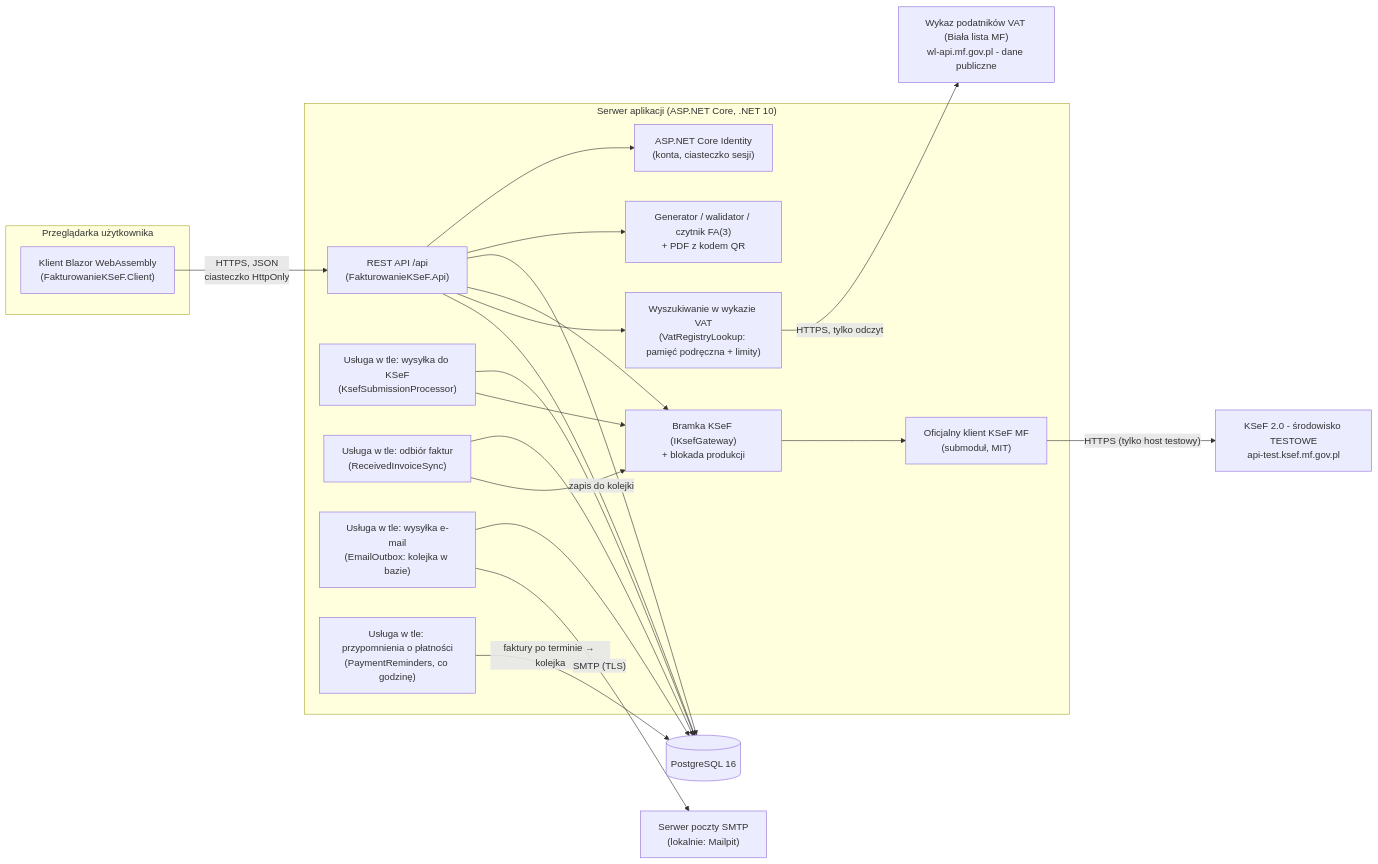
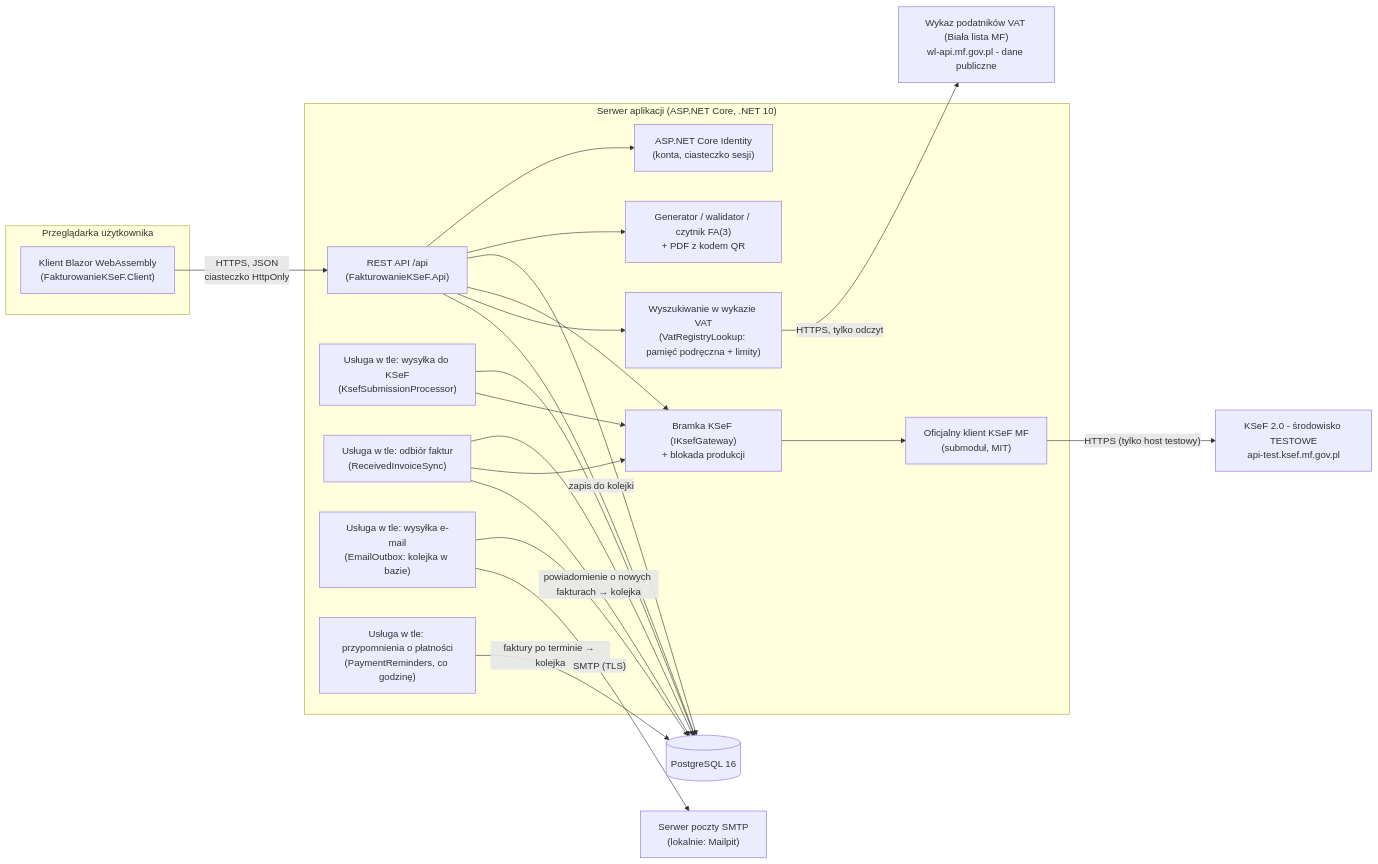
The first of 2 diagrams in docs/architektura.md (Kacper-Murawski/Fakturowanie-KSeF), drawn with Mermaid before and after one commit. The commit also changed 21 other files, not shown here.

First line of the commit message:
Powiadomienia o nowych fakturach kosztowych z KSeF

````diff
--- a/docs/architektura.md
+++ b/docs/architektura.md
@@ -17,42 +17,43 @@
 ```mermaid
 flowchart LR
     subgraph Przegladarka["Przeglądarka użytkownika"]
         UI["Klient Blazor WebAssembly<br/>(FakturowanieKSeF.Client)"]
     end
 
     subgraph Serwer["Serwer aplikacji (ASP.NET Core, .NET 10)"]
         API["REST API /api<br/>(FakturowanieKSeF.Api)"]
         ID["ASP.NET Core Identity<br/>(konta, ciasteczko sesji)"]
         WS["Usługa w tle: wysyłka do KSeF<br/>(KsefSubmissionProcessor)"]
         WR["Usługa w tle: odbiór faktur<br/>(ReceivedInvoiceSync)"]
         FA3["Generator / walidator / czytnik FA(3)<br/>+ PDF z kodem QR"]
         GW["Bramka KSeF (IKsefGateway)<br/>+ blokada produkcji"]
         MF["Oficjalny klient KSeF MF<br/>(submoduł, MIT)"]
         WL["Wyszukiwanie w wykazie VAT<br/>(VatRegistryLookup: pamięć podręczna + limity)"]
         WE["Usługa w tle: wysyłka e-mail<br/>(EmailOutbox: kolejka w bazie)"]
         WP["Usługa w tle: przypomnienia o płatności<br/>(PaymentReminders, co godzinę)"]
     end
 
     DB[("PostgreSQL 16")]
     KSEF["KSeF 2.0 - środowisko TESTOWE<br/>api-test.ksef.mf.gov.pl"]
     BL["Wykaz podatników VAT (Biała lista MF)<br/>wl-api.mf.gov.pl - dane publiczne"]
     SMTP["Serwer poczty SMTP<br/>(lokalnie: Mailpit)"]
 
     UI -- "HTTPS, JSON<br/>ciasteczko HttpOnly" --> API
     API --> ID
     API --> FA3
     API --> DB
     WS --> DB
     WR --> DB
     WS --> GW
     WR --> GW
+    WR -- "powiadomienie o nowych fakturach → kolejka" --> DB
     API --> GW
     GW --> MF
     MF -- "HTTPS (tylko host testowy)" --> KSEF
     API --> WL
     WL -- "HTTPS, tylko odczyt" --> BL
     API -- "zapis do kolejki" --> DB
     WE --> DB
     WP -- "faktury po terminie → kolejka" --> DB
     WE -- "SMTP (TLS)" --> SMTP
 ```
````
